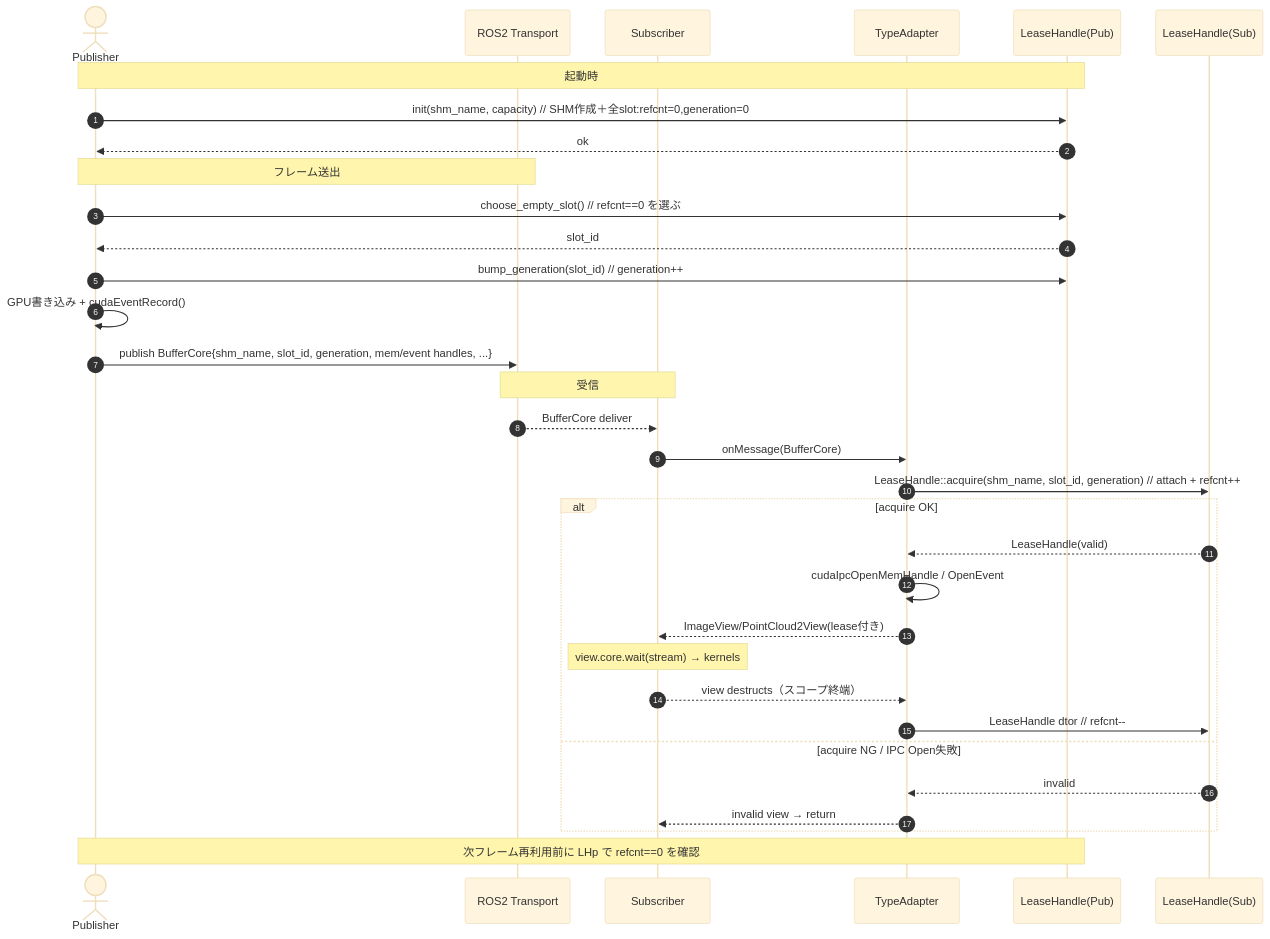
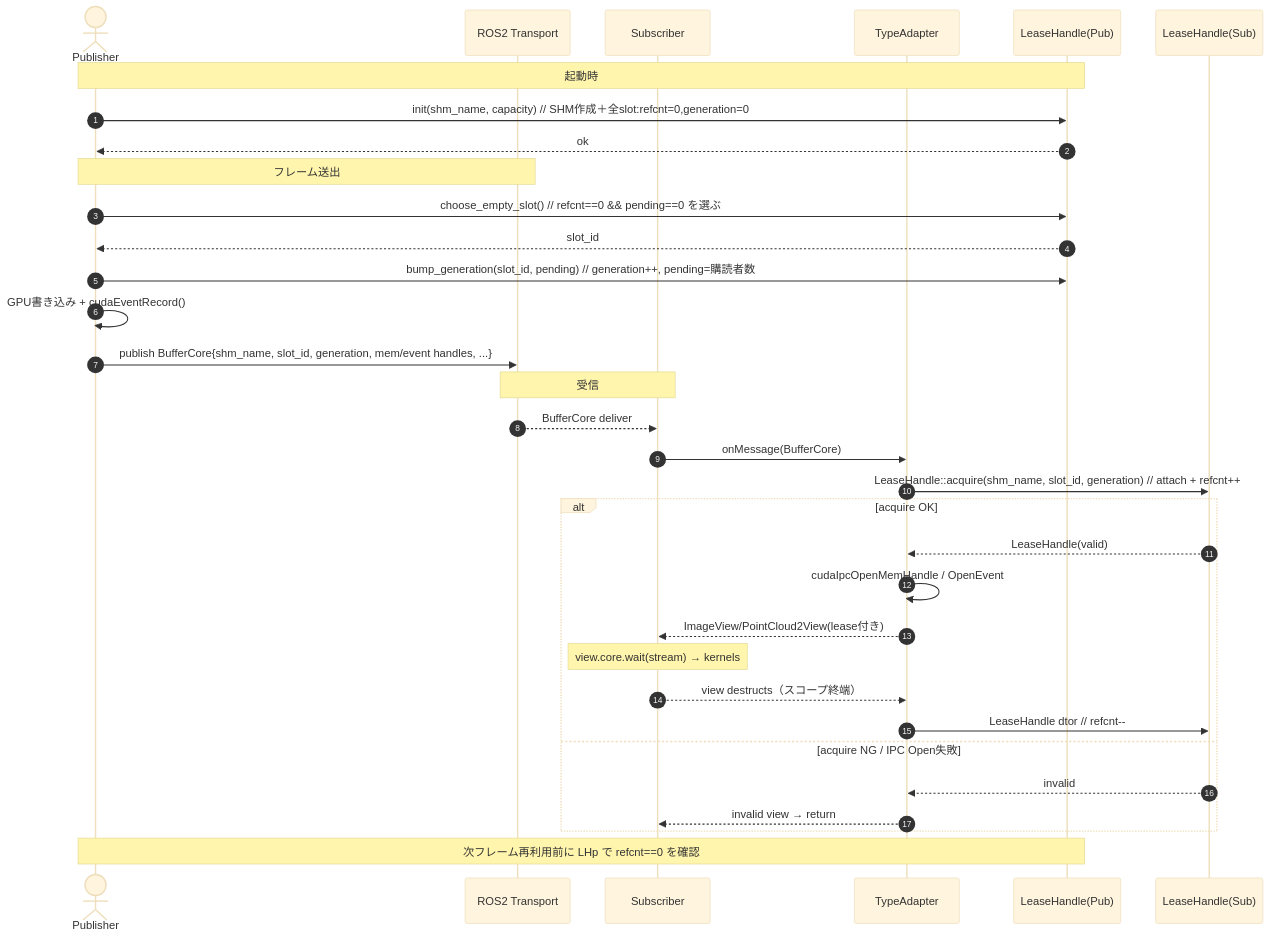
One commit to dskkato/ros2_cuda_ipc changed the second of 2 diagrams in doc/lease_handle.md. Above: the diagram before and after it, drawn with Mermaid (base theme). The commit also changed other lines of this file and 59 other files, not shown here.

````diff
--- a/doc/lease_handle.md
+++ b/doc/lease_handle.md
@@ -327,40 +391,40 @@
 ```mermaid
 sequenceDiagram
   autonumber
   actor Pub as Publisher
   participant DDS as ROS2 Transport
   participant Sub as Subscriber
   participant TA as TypeAdapter
   participant LHp as LeaseHandle(Pub)
   participant LHs as LeaseHandle(Sub)
 
   Note over Pub,LHp: 起動時
   Pub->>LHp: init(shm_name, capacity)  // SHM作成＋全slot:refcnt=0,generation=0
   LHp-->>Pub: ok
 
   Note over Pub,DDS: フレーム送出
-  Pub->>LHp: choose_empty_slot()  // refcnt==0 を選ぶ
+  Pub->>LHp: choose_empty_slot()  // refcnt==0 && pending==0 を選ぶ
   LHp-->>Pub: slot_id
-  Pub->>LHp: bump_generation(slot_id)  // generation++
+  Pub->>LHp: bump_generation(slot_id, pending)  // generation++, pending=購読者数
   Pub->>Pub: GPU書き込み + cudaEventRecord()
   Pub->>DDS: publish BufferCore{shm_name, slot_id, generation, mem/event handles, ...}
 
   Note over DDS,Sub: 受信
   DDS-->>Sub: BufferCore deliver
 
   Sub->>TA: onMessage(BufferCore)
   TA->>LHs: LeaseHandle::acquire(shm_name, slot_id, generation)  // attach + refcnt++
   alt acquire OK
     LHs-->>TA: LeaseHandle(valid)
     TA->>TA: cudaIpcOpenMemHandle / OpenEvent
     TA-->>Sub: ImageView/PointCloud2View(lease付き)
     Note over Sub: view.core.wait(stream) → kernels
     Sub-->>TA: view destructs（スコープ終端）
     TA->>LHs: LeaseHandle dtor  // refcnt--
   else acquire NG / IPC Open失敗
     LHs-->>TA: invalid
     TA-->>Sub: invalid view → return
   end
 
   Note over Pub,LHp: 次フレーム再利用前に LHp で refcnt==0 を確認
 ```
````
